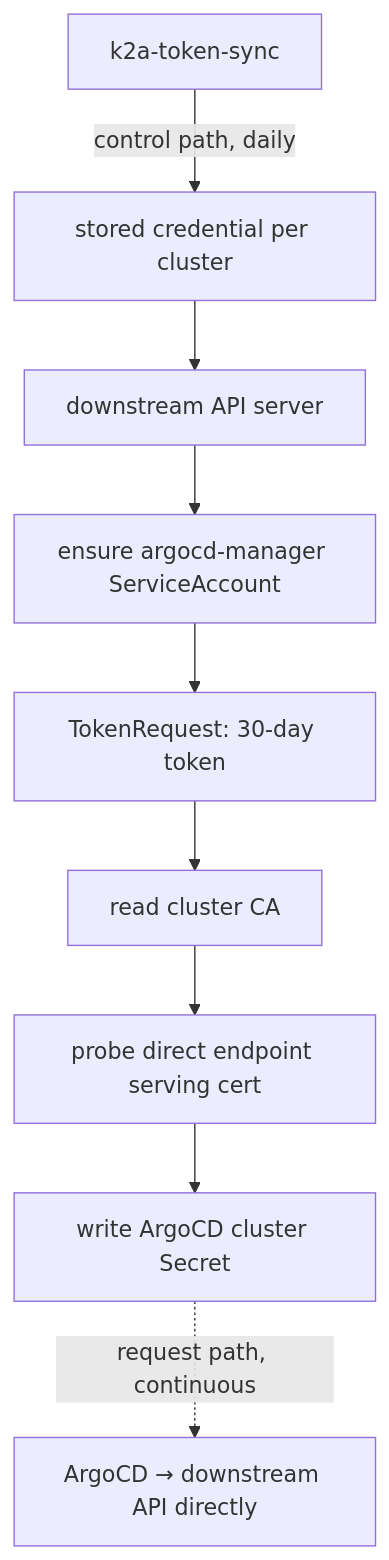
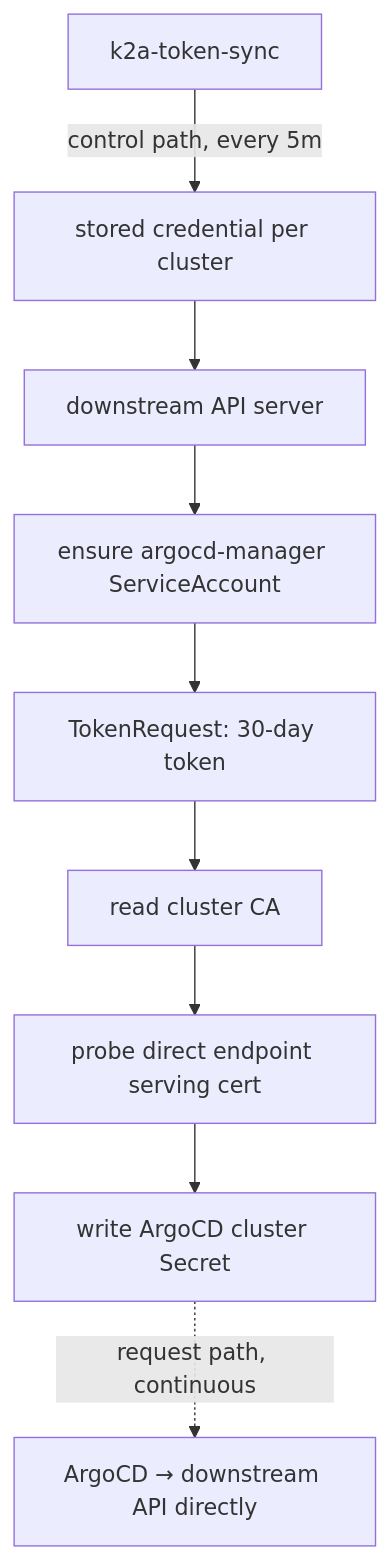
One commit to krisiasty/k2a-token-sync changed the diagram in README.md. Above: the diagram before and after it, drawn with Mermaid. The commit also changed other lines of this file and 6 other files, not shown here.

````diff
--- a/README.md
+++ b/README.md
@@ -35,11 +35,11 @@
 ```mermaid
 graph TD
-    A[k2a-token-sync] -->|control path, daily| D[stored credential per cluster]
+    A[k2a-token-sync] -->|control path, every 5m| D[stored credential per cluster]
     D --> E[downstream API server]
     E --> F[ensure argocd-manager ServiceAccount]
     F --> G[TokenRequest: 30-day token]
     G --> H[read cluster CA]
     H --> I[probe direct endpoint serving cert]
     I --> J[write ArgoCD cluster Secret]
     J -.->|request path, continuous| K[ArgoCD → downstream API directly]
 ```
````
